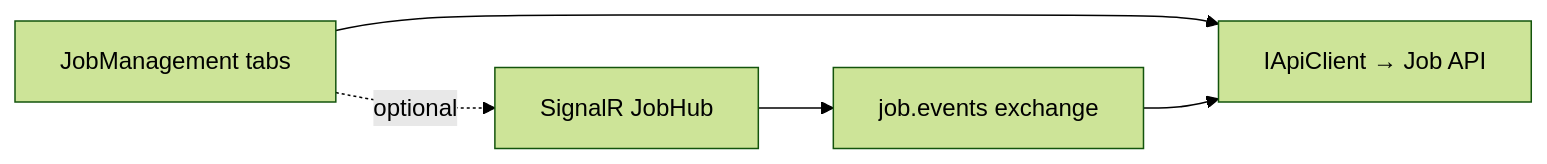
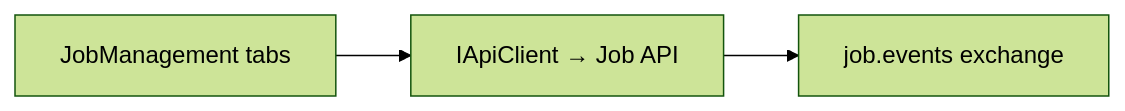
The diagram in Lyo.Net/Integration/Job/Lyo.Job.Web.Components/README.md (MJWherry/Lyo), drawn with Mermaid (forest theme) before and after one commit. The commit also changed other lines of this file and 81 other files, not shown here.

````diff
--- a/Lyo.Net/Integration/Job/Lyo.Job.Web.Components/README.md
+++ b/Lyo.Net/Integration/Job/Lyo.Job.Web.Components/README.md
@@ -15,7 +15,5 @@
 ```mermaid
 flowchart LR
     UI[JobManagement tabs] --> API[IApiClient → Job API]
-    UI -. optional .-> SR[SignalR JobHub]
-    SR --> MQ[job.events exchange]
-    MQ --> API
+    API --> MQ[job.events exchange]
 ```
````
